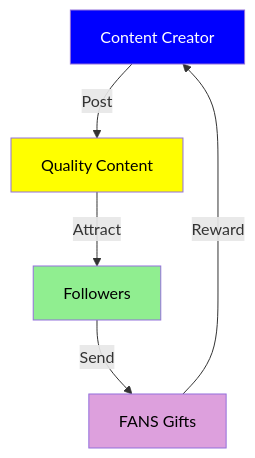
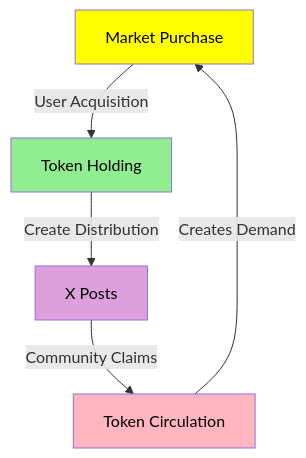
One commit to MEMEFANS/memefans changed the fifth of 8 diagrams in docs/whitepaper/token-economics.md. Above: the diagram before and after it, drawn with Mermaid. The commit also changed other lines of this file and 32 other files, not shown here.

```diff
--- a/docs/whitepaper/token-economics.md
+++ b/docs/whitepaper/token-economics.md
@@ -397,12 +155,12 @@
 <div class="mermaid">
 graph TD
-    A[Content Creator] -->|Post| B[Quality Content]
-    B -->|Attract| C[Followers]
-    C -->|Send| D[FANS Gifts]
-    D -->|Reward| A
+    A[Market Purchase] -->|User Acquisition| B[Token Holding]
+    B -->|Create Distribution| C[X Posts]
+    C -->|Community Claims| D[Token Circulation]
+    D -->|Creates Demand| A
     
-    style A fill:#0000FF,color:#FFFFFF
-    style B fill:#FFFF00,color:#000000
-    style C fill:#90EE90,color:#000000
-    style D fill:#DDA0DD,color:#000000
+    style A fill:#FFFF00,color:#000000
+    style B fill:#90EE90,color:#000000
+    style C fill:#DDA0DD,color:#000000
+    style D fill:#FFB6C1,color:#000000
 </div>
```
